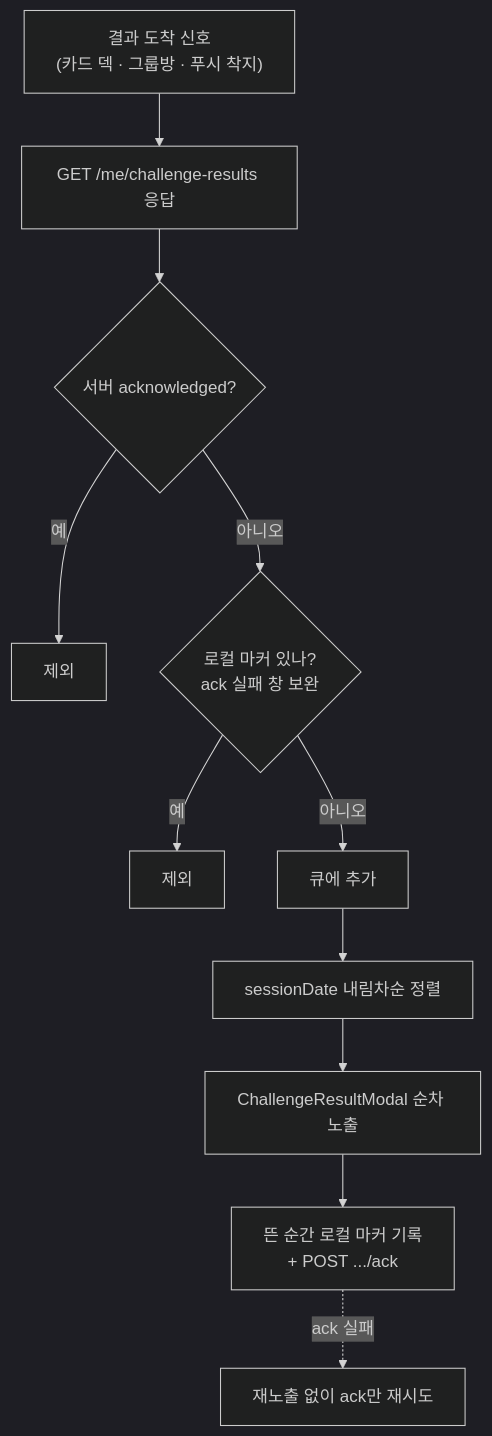
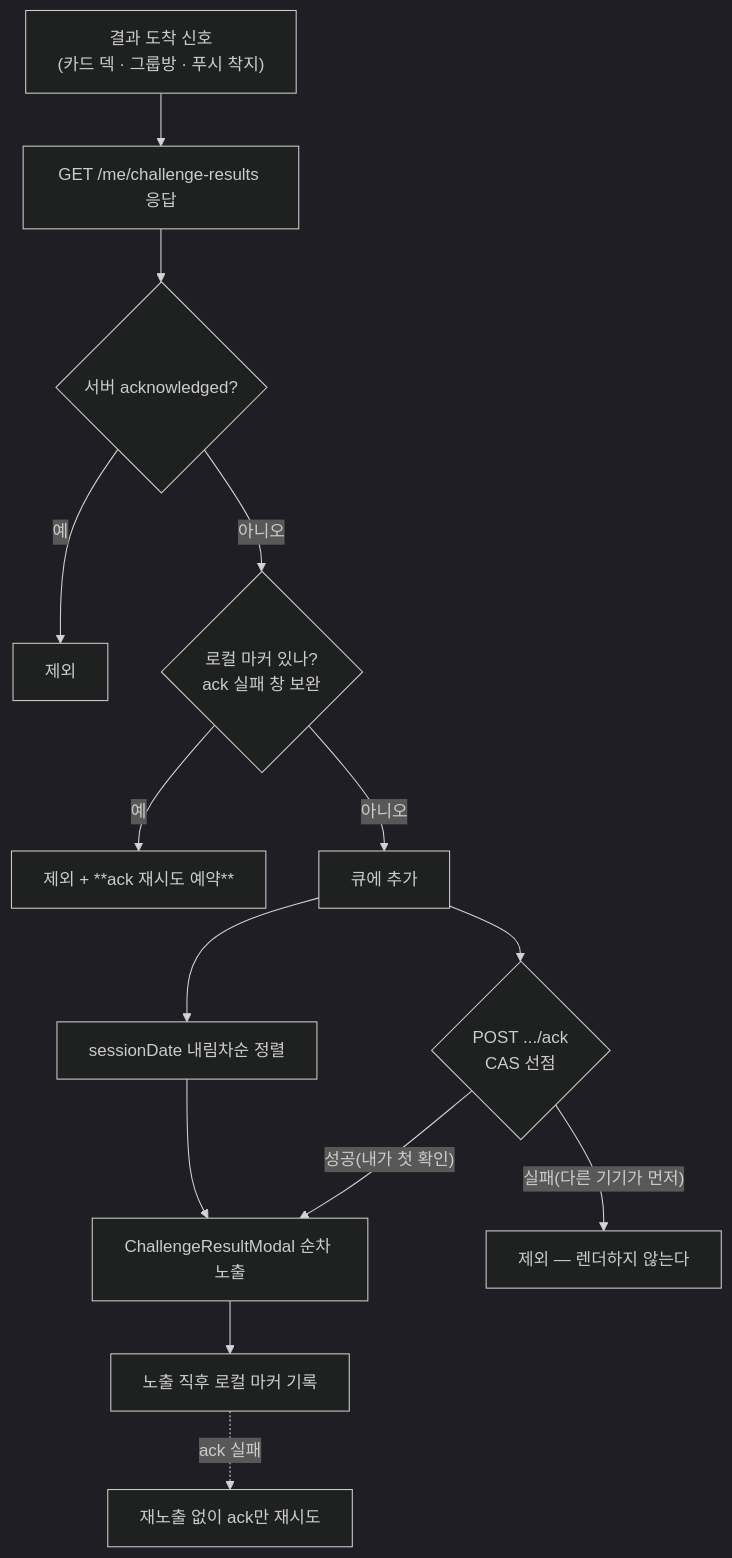
One commit to OneOrThree/phone changed the ninth of 11 diagrams in docs/prd/challenge/information-architecture.md. Above: the diagram before and after it, drawn with Mermaid (dark theme). The commit also changed other lines of this file and 2 other files, not shown here.

First line of the commit message:
[DOC] GROMO-1576 리스너를 focus 기준으로 · 환불 이중 통지 사유별 구분 · ack 선점 순서

````diff
--- a/docs/prd/challenge/information-architecture.md
+++ b/docs/prd/challenge/information-architecture.md
@@ -463,13 +463,16 @@
 ```mermaid
 flowchart TB
     L["결과 도착 신호<br/>(카드 덱 · 그룹방 · 푸시 착지)"] --> P["GET /me/challenge-results 응답"]
     P --> F1{"서버 acknowledged?"}
     F1 -->|예| X1["제외"]
     F1 -->|아니오| F2{"로컬 마커 있나?<br/>ack 실패 창 보완"}
-    F2 -->|예| X2["제외"]
+    F2 -->|예| X2["제외 + **ack 재시도 예약**"]
     F2 -->|아니오| Q2["큐에 추가"]
     Q2 --> S["sessionDate 내림차순 정렬"]
     S --> M["ChallengeResultModal 순차 노출"]
-    M --> A["뜬 순간 로컬 마커 기록<br/>+ POST .../ack"]
+    Q2 --> C{"POST .../ack<br/>CAS 선점"}
+    C -->|"성공(내가 첫 확인)"| M
+    C -->|"실패(다른 기기가 먼저)"| X3["제외 — 렌더하지 않는다"]
+    M --> A["노출 직후 로컬 마커 기록"]
     A -.->|"ack 실패"| R["재노출 없이 ack만 재시도"]
 ```
````
